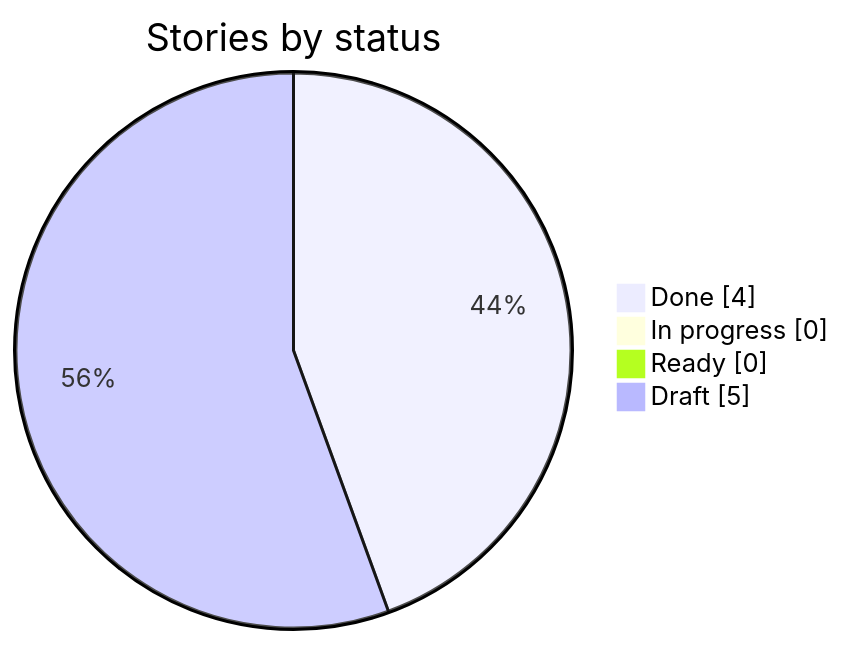
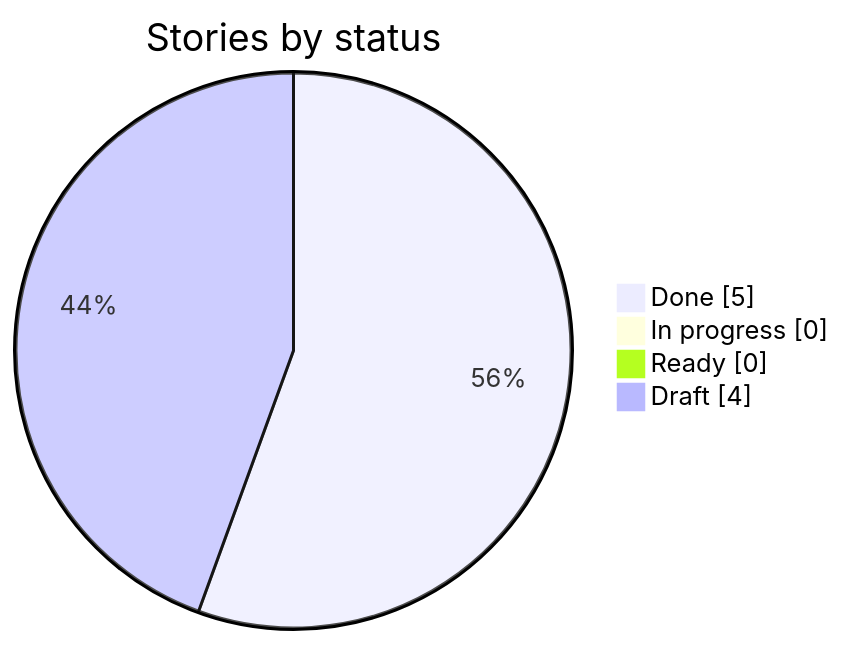
Before and after one commit to HebaGaber/oracle-property-intelligence-platform-pipeline-travis-tx: the first of 2 diagrams in docs/progress.md, drawn with Mermaid. The commit also changed other lines of this file, not shown here.

````diff
--- a/docs/progress.md
+++ b/docs/progress.md
@@ -9,7 +9,7 @@
 ```mermaid
 pie showData title Stories by status
-  "Done" : 4
+  "Done" : 5
   "In progress" : 0
   "Ready" : 0
-  "Draft" : 5
+  "Draft" : 4
 ```
````
